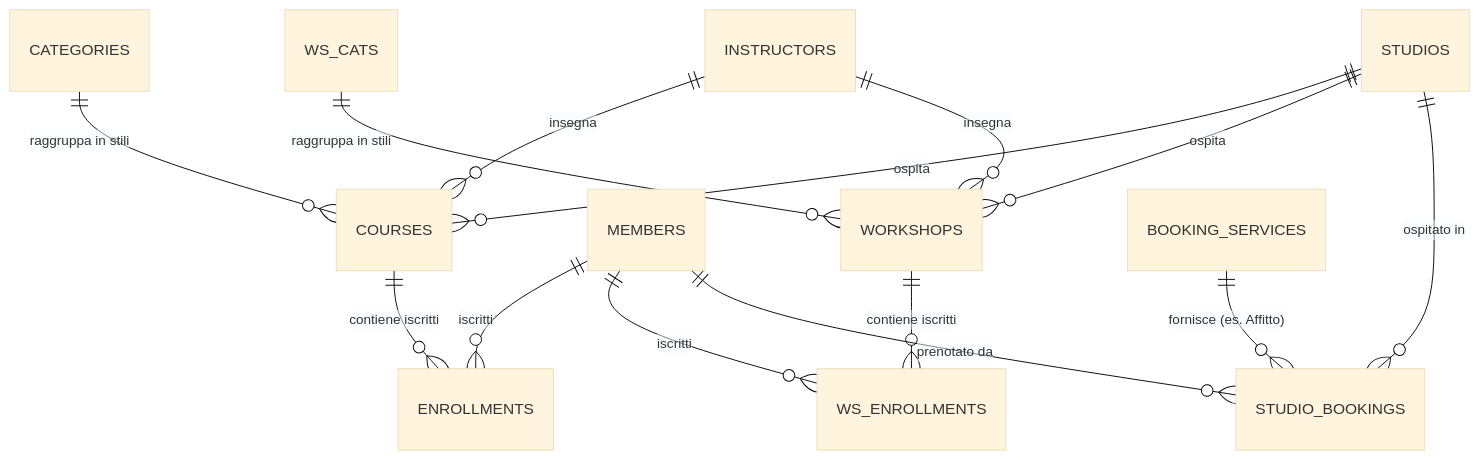
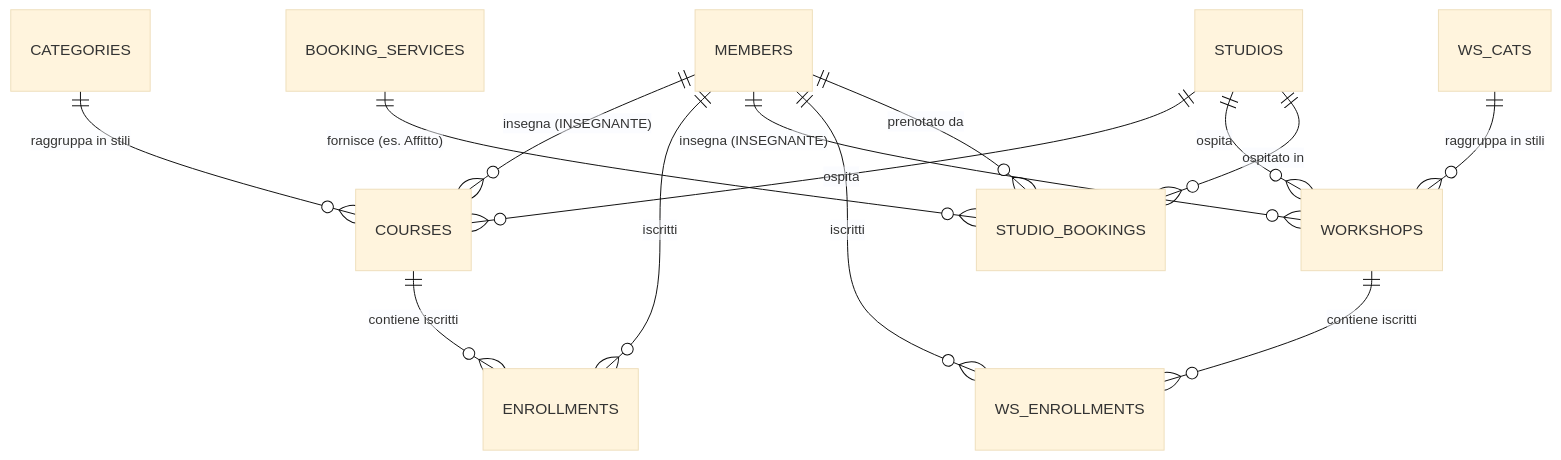
One commit to ago-debug/stargem-gae changed the second of 3 diagrams in _GAE_SVILUPPO/attuale/1_database_map_now.md. Above: the diagram before and after it, drawn with Mermaid (base theme). The commit also changed other lines of this file and 33 other files, not shown here.

````diff
--- a/_GAE_SVILUPPO/attuale/1_database_map_now.md
+++ b/_GAE_SVILUPPO/attuale/1_database_map_now.md
@@ -114,21 +114,21 @@
 ```mermaid
 erDiagram
     %% Esempio 1: CORSI
     CATEGORIES ||--o{ COURSES : "raggruppa in stili"
     STUDIOS ||--o{ COURSES : "ospita"
-    INSTRUCTORS ||--o{ COURSES : "insegna"
+    MEMBERS ||--o{ COURSES : "insegna (INSEGNANTE)"
     MEMBERS ||--o{ ENROLLMENTS : "iscritti"
     COURSES ||--o{ ENROLLMENTS : "contiene iscritti"
     
     %% Esempio 2: WORKSHOP
     WS_CATS ||--o{ WORKSHOPS : "raggruppa in stili"
     STUDIOS ||--o{ WORKSHOPS : "ospita"
-    INSTRUCTORS ||--o{ WORKSHOPS : "insegna"
+    MEMBERS ||--o{ WORKSHOPS : "insegna (INSEGNANTE)"
     MEMBERS ||--o{ WS_ENROLLMENTS : "iscritti"
     WORKSHOPS ||--o{ WS_ENROLLMENTS : "contiene iscritti"
 
     %% EXTRA
     BOOKING_SERVICES ||--o{ STUDIO_BOOKINGS : "fornisce (es. Affitto)"
     STUDIOS ||--o{ STUDIO_BOOKINGS : "ospitato in"
     MEMBERS ||--o{ STUDIO_BOOKINGS : "prenotato da"
 ```
````
